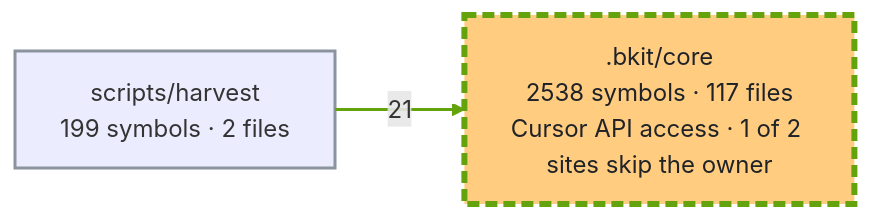
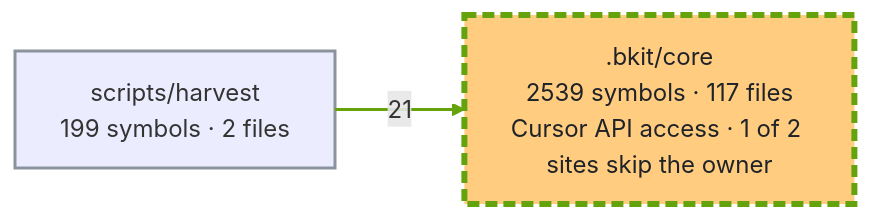
The second of 3 diagrams in docs/capabilities.md (cbartens/bkit), drawn with Mermaid before and after one commit. The commit also changed other lines of this file, not shown here.

First line of the commit message:
docs: refresh capabilities graph after merging dev

````diff
--- a/docs/capabilities.md
+++ b/docs/capabilities.md
@@ -169,16 +169,16 @@
 ```mermaid
 ---
 config:
   layout: elk
   flowchart:
     useMaxWidth: false
 ---
 flowchart LR
-  %% Generated by bkit-graphify-rollup.py from 8e18df45f2acd17b909809682ecb109d8fb4b8fc — do not edit
-  n_bkit_core[".bkit/core<br/>2538 symbols · 117 files<br/>Cursor API access · 1 of 2 sites skip the owner"]
+  %% Generated by bkit-graphify-rollup.py from de39ff3111f5b07b5323d613b1b73fe3b718d44c — do not edit
+  n_bkit_core[".bkit/core<br/>2539 symbols · 117 files<br/>Cursor API access · 1 of 2 sites skip the owner"]
   nscripts_harvest["scripts/harvest<br/>199 symbols · 2 files"]
   nscripts_harvest -->|21| n_bkit_core
   style n_bkit_core stroke:#65a30d,stroke-width:4px,stroke-dasharray:8 4,fill:#ffcc80,color:#1f2328
   style nscripts_harvest stroke:#8b949e,stroke-width:2px
   linkStyle 0 stroke:#65a30d,stroke-width:2px
 ```
````
